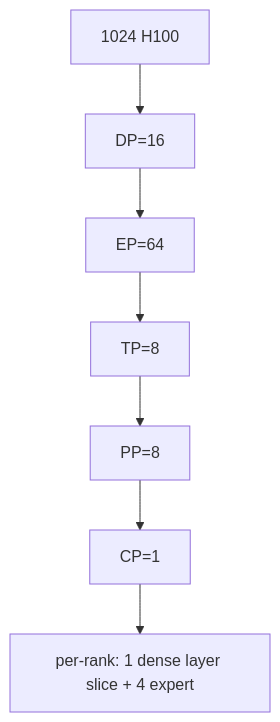
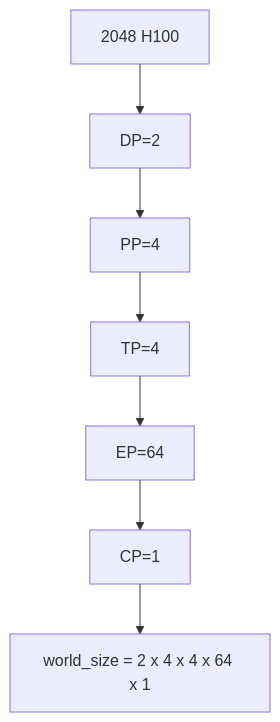
The tenth of 11 diagrams in ai-infra-tutorial/part3-training-infra/09e-moe-training-infrastructure.md (qxhy123/learn), drawn with Mermaid before and after one commit. The commit also changed other lines of this file and 6 other files, not shown here.

````diff
--- a/ai-infra-tutorial/part3-training-infra/09e-moe-training-infrastructure.md
+++ b/ai-infra-tutorial/part3-training-infra/09e-moe-training-infrastructure.md
@@ -605,9 +1007,9 @@
 ```mermaid
 flowchart TB
-  Cluster[1024 H100] --> DP[DP=16]
-  DP --> EP[EP=64]
-  EP --> TP[TP=8]
-  TP --> PP[PP=8]
-  PP --> CP[CP=1]
-  CP --> Rank[per-rank: 1 dense layer slice + 4 expert]
+  Cluster[2048 H100] --> DP[DP=2]
+  DP --> PP[PP=4]
+  PP --> TP[TP=4]
+  TP --> EP[EP=64]
+  EP --> CP[CP=1]
+  CP --> Rank[world_size = 2 x 4 x 4 x 64 x 1]
 ```
````
